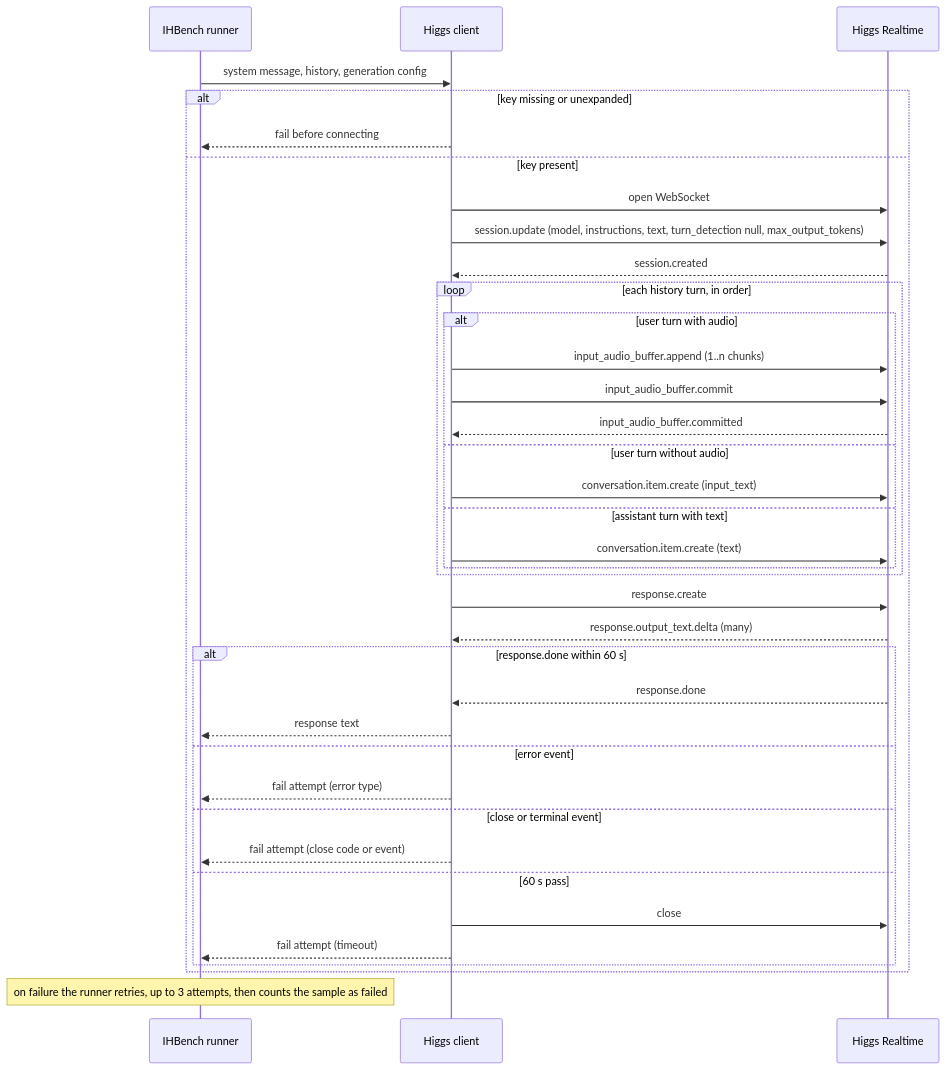
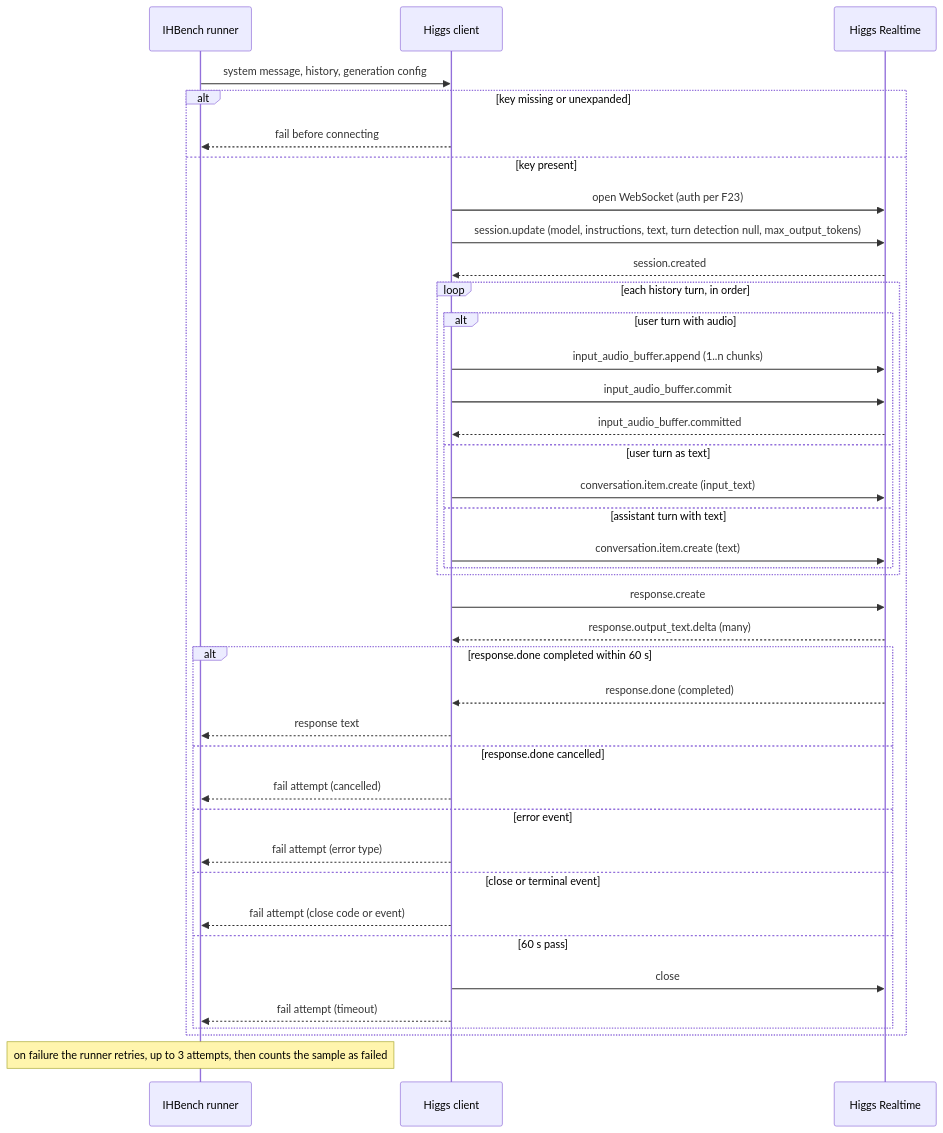
One commit to HlibHav/higgs-agent-factory changed the first of 2 diagrams in specs/2026-10-24-ihbench-higgs-client.md. Above: the diagram before and after it, drawn with Mermaid. The commit also changed other lines of this file, not shown here.

````diff
--- a/specs/2026-10-24-ihbench-higgs-client.md
+++ b/specs/2026-10-24-ihbench-higgs-client.md
@@ -141,39 +155,41 @@
 ```mermaid
 sequenceDiagram
   participant R as IHBench runner
   participant C as Higgs client
   participant H as Higgs Realtime
   R->>C: system message, history, generation config
   alt key missing or unexpanded
     C-->>R: fail before connecting
   else key present
-    C->>H: open WebSocket
-    C->>H: session.update (model, instructions, text, turn_detection null, max_output_tokens)
+    C->>H: open WebSocket (auth per F23)
+    C->>H: session.update (model, instructions, text, turn detection null, max_output_tokens)
     H-->>C: session.created
     loop each history turn, in order
       alt user turn with audio
         C->>H: input_audio_buffer.append (1..n chunks)
         C->>H: input_audio_buffer.commit
         H-->>C: input_audio_buffer.committed
-      else user turn without audio
+      else user turn as text
         C->>H: conversation.item.create (input_text)
       else assistant turn with text
         C->>H: conversation.item.create (text)
       end
     end
     C->>H: response.create
     H-->>C: response.output_text.delta (many)
-    alt response.done within 60 s
-      H-->>C: response.done
+    alt response.done completed within 60 s
+      H-->>C: response.done (completed)
       C-->>R: response text
+    else response.done cancelled
+      C-->>R: fail attempt (cancelled)
     else error event
       C-->>R: fail attempt (error type)
     else close or terminal event
       C-->>R: fail attempt (close code or event)
     else 60 s pass
       C->>H: close
       C-->>R: fail attempt (timeout)
     end
   end
   Note over R: on failure the runner retries, up to 3 attempts, then counts the sample as failed
 ```
````
